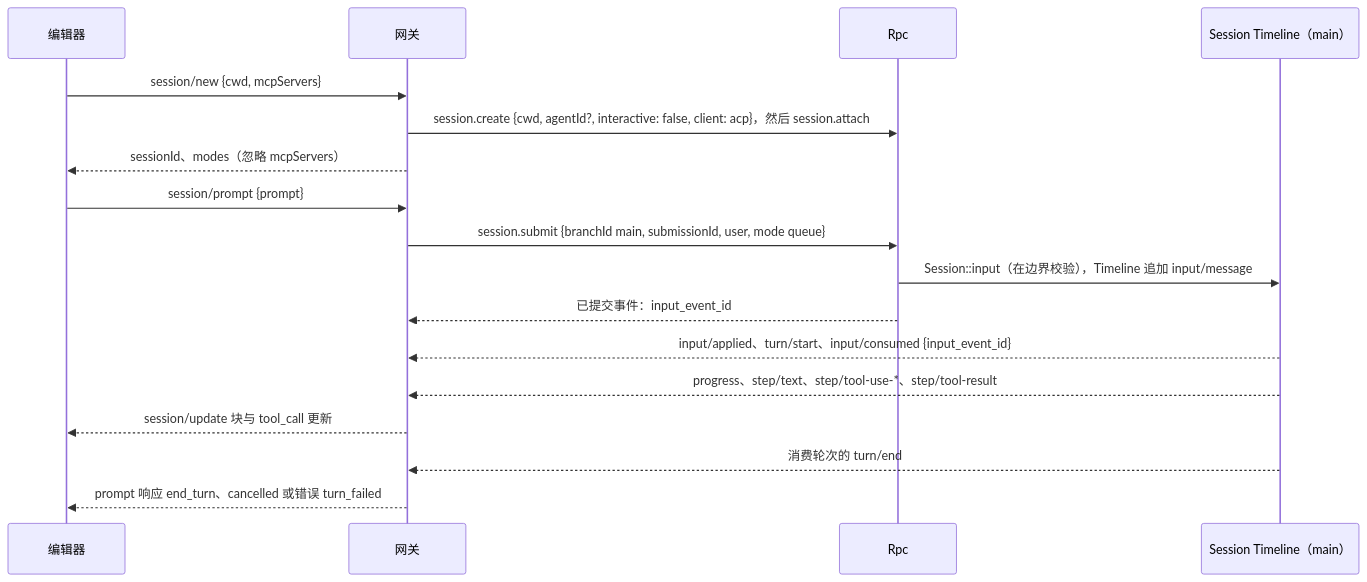
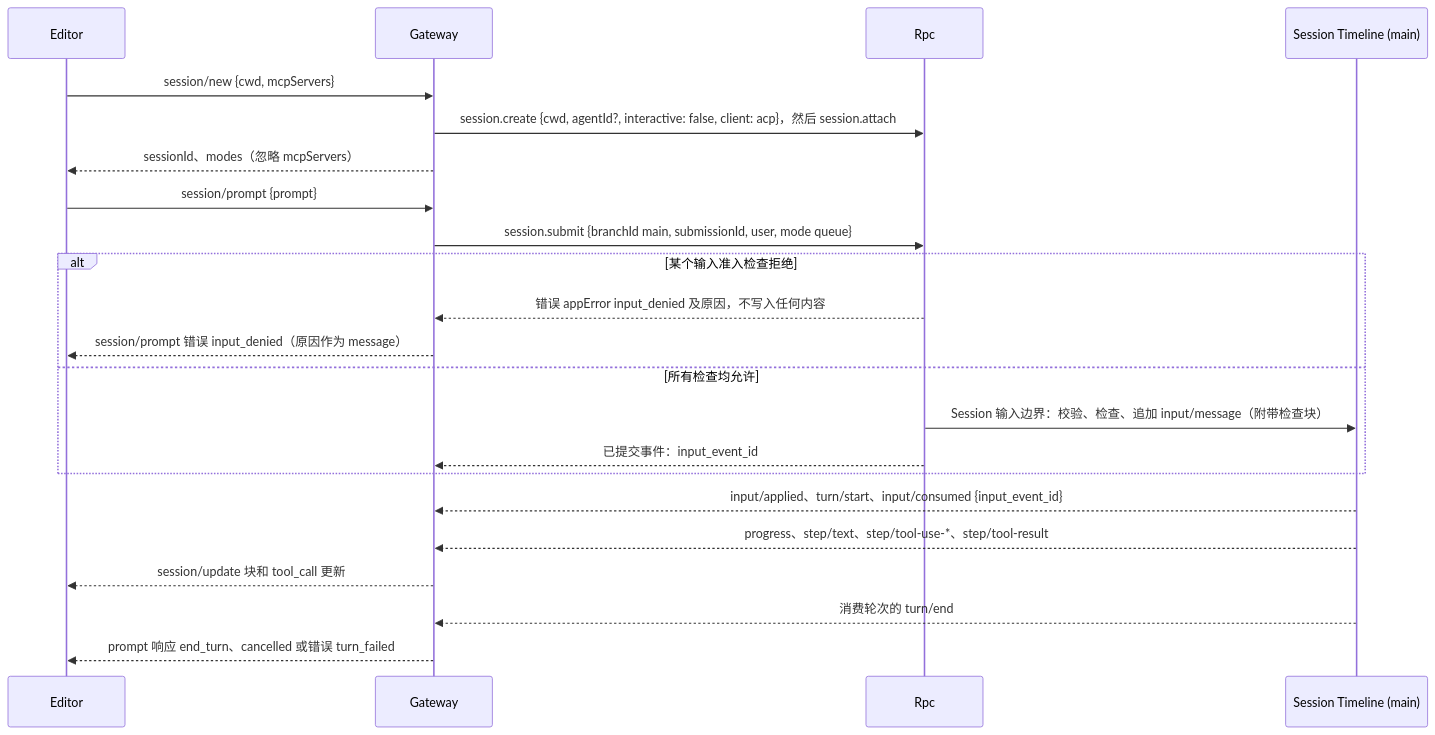
The third of 5 diagrams in docs/zh/design/plugins/AcpGateway.md (CoutinhoTTS/dim-agent), drawn with Mermaid before and after one commit. The commit also changed other lines of this file and 18 other files, not shown here.

````diff
--- a/docs/zh/design/plugins/AcpGateway.md
+++ b/docs/zh/design/plugins/AcpGateway.md
@@ -63,19 +65,24 @@
 ```mermaid
 sequenceDiagram
-  participant E as 编辑器
-  participant G as 网关
+  participant E as Editor
+  participant G as Gateway
   participant R as Rpc
-  participant TL as Session Timeline（main）
+  participant TL as Session Timeline (main)
   E->>G: session/new {cwd, mcpServers}
   G->>R: session.create {cwd, agentId?, interactive: false, client: acp}，然后 session.attach
   G-->>E: sessionId、modes（忽略 mcpServers）
   E->>G: session/prompt {prompt}
   G->>R: session.submit {branchId main, submissionId, user, mode queue}
-  R->>TL: Session::input（在边界校验），Timeline 追加 input/message
-  R-->>G: 已提交事件：input_event_id
+  alt 某个输入准入检查拒绝
+    R-->>G: 错误 appError input_denied 及原因，不写入任何内容
+    G-->>E: session/prompt 错误 input_denied（原因作为 message）
+  else 所有检查均允许
+    R->>TL: Session 输入边界：校验、检查、追加 input/message（附带检查块）
+    R-->>G: 已提交事件：input_event_id
+  end
   TL-->>G: input/applied、turn/start、input/consumed {input_event_id}
   TL-->>G: progress、step/text、step/tool-use-*、step/tool-result
-  G-->>E: session/update 块与 tool_call 更新
+  G-->>E: session/update 块和 tool_call 更新
   TL-->>G: 消费轮次的 turn/end
   G-->>E: prompt 响应 end_turn、cancelled 或错误 turn_failed
 ```
````
